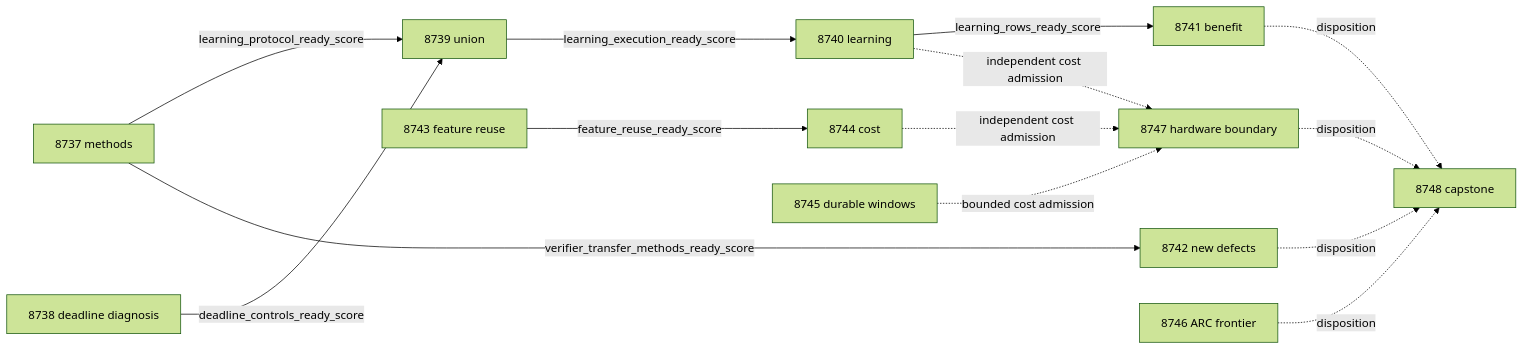
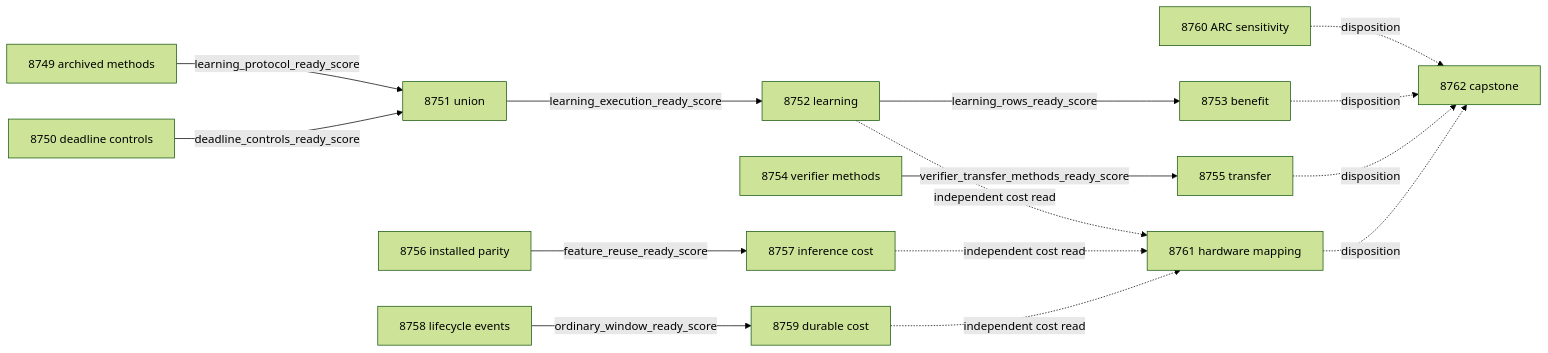
One commit to Carnot-EBM/carnot-ebm changed the second of 2 diagrams in openspec/change-proposals/research-roadmap-vNEXT.md. Above: the diagram before and after it, drawn with Mermaid (forest theme). The commit also changed other lines of this file and 18 other files, not shown here.

````diff
--- a/openspec/change-proposals/research-roadmap-vNEXT.md
+++ b/openspec/change-proposals/research-roadmap-vNEXT.md
@@ -255,16 +290,17 @@
 ```mermaid
 flowchart LR
-    E8737[8737 methods] -->|learning_protocol_ready_score| E8739[8739 union]
-    E8738[8738 deadline diagnosis] -->|deadline_controls_ready_score| E8739
-    E8739 -->|learning_execution_ready_score| E8740[8740 learning]
-    E8740 -->|learning_rows_ready_score| E8741[8741 benefit]
-    E8737 -->|verifier_transfer_methods_ready_score| E8742[8742 new defects]
-    E8743[8743 feature reuse] -->|feature_reuse_ready_score| E8744[8744 cost]
-    E8740 -. independent cost admission .-> E8747[8747 hardware boundary]
-    E8744 -. independent cost admission .-> E8747
-    E8745[8745 durable windows] -. bounded cost admission .-> E8747
-    E8741 -. disposition .-> E8748[8748 capstone]
-    E8742 -. disposition .-> E8748
-    E8746[8746 ARC frontier] -. disposition .-> E8748
-    E8747 -. disposition .-> E8748
+    E8749[8749 archived methods] -->|learning_protocol_ready_score| E8751[8751 union]
+    E8750[8750 deadline controls] -->|deadline_controls_ready_score| E8751
+    E8751 -->|learning_execution_ready_score| E8752[8752 learning]
+    E8752 -->|learning_rows_ready_score| E8753[8753 benefit]
+    E8754[8754 verifier methods] -->|verifier_transfer_methods_ready_score| E8755[8755 transfer]
+    E8756[8756 installed parity] -->|feature_reuse_ready_score| E8757[8757 inference cost]
+    E8758[8758 lifecycle events] -->|ordinary_window_ready_score| E8759[8759 durable cost]
+    E8752 -. independent cost read .-> E8761[8761 hardware mapping]
+    E8757 -. independent cost read .-> E8761
+    E8759 -. independent cost read .-> E8761
+    E8760[8760 ARC sensitivity] -. disposition .-> E8762[8762 capstone]
+    E8753 -. disposition .-> E8762
+    E8755 -. disposition .-> E8762
+    E8761 -. disposition .-> E8762
 ```
````
